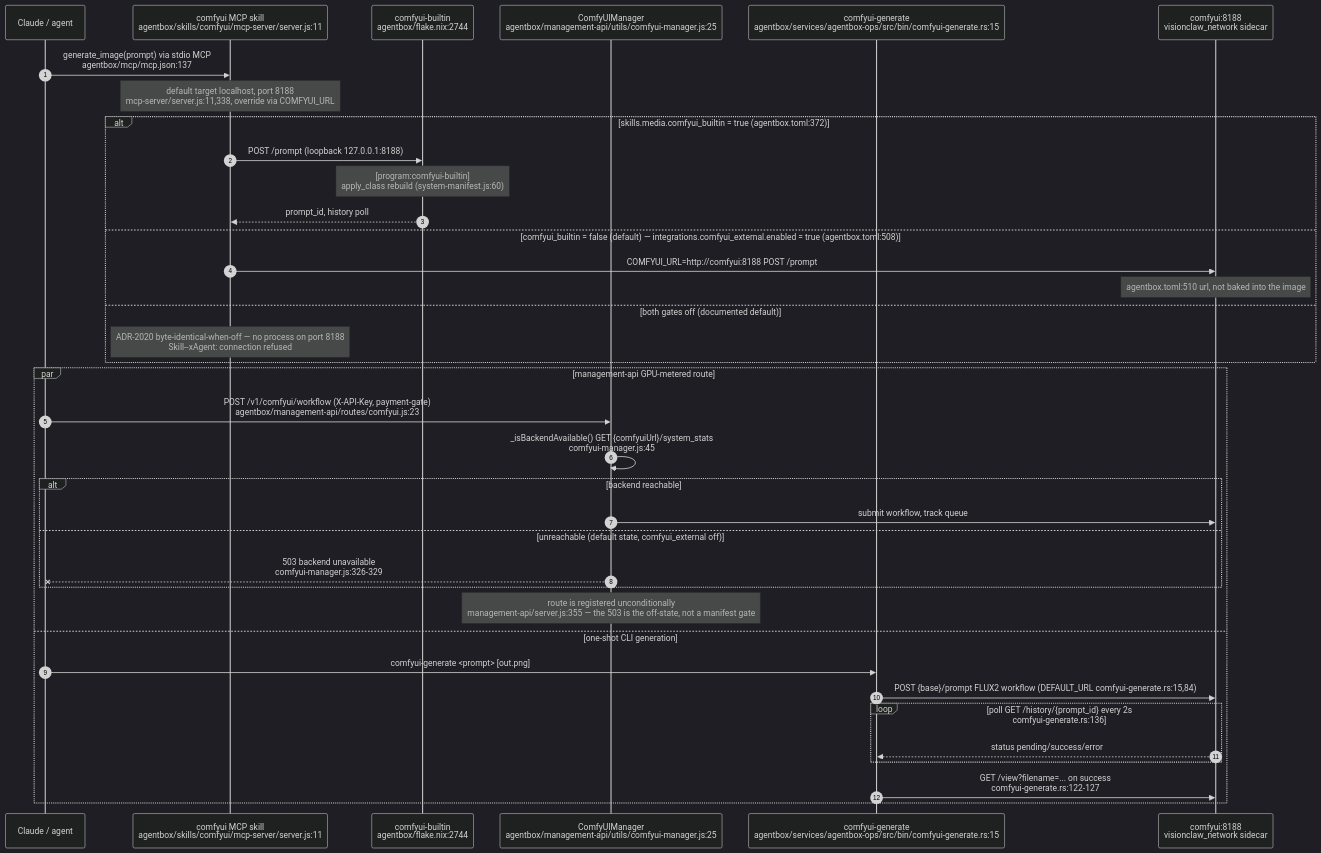
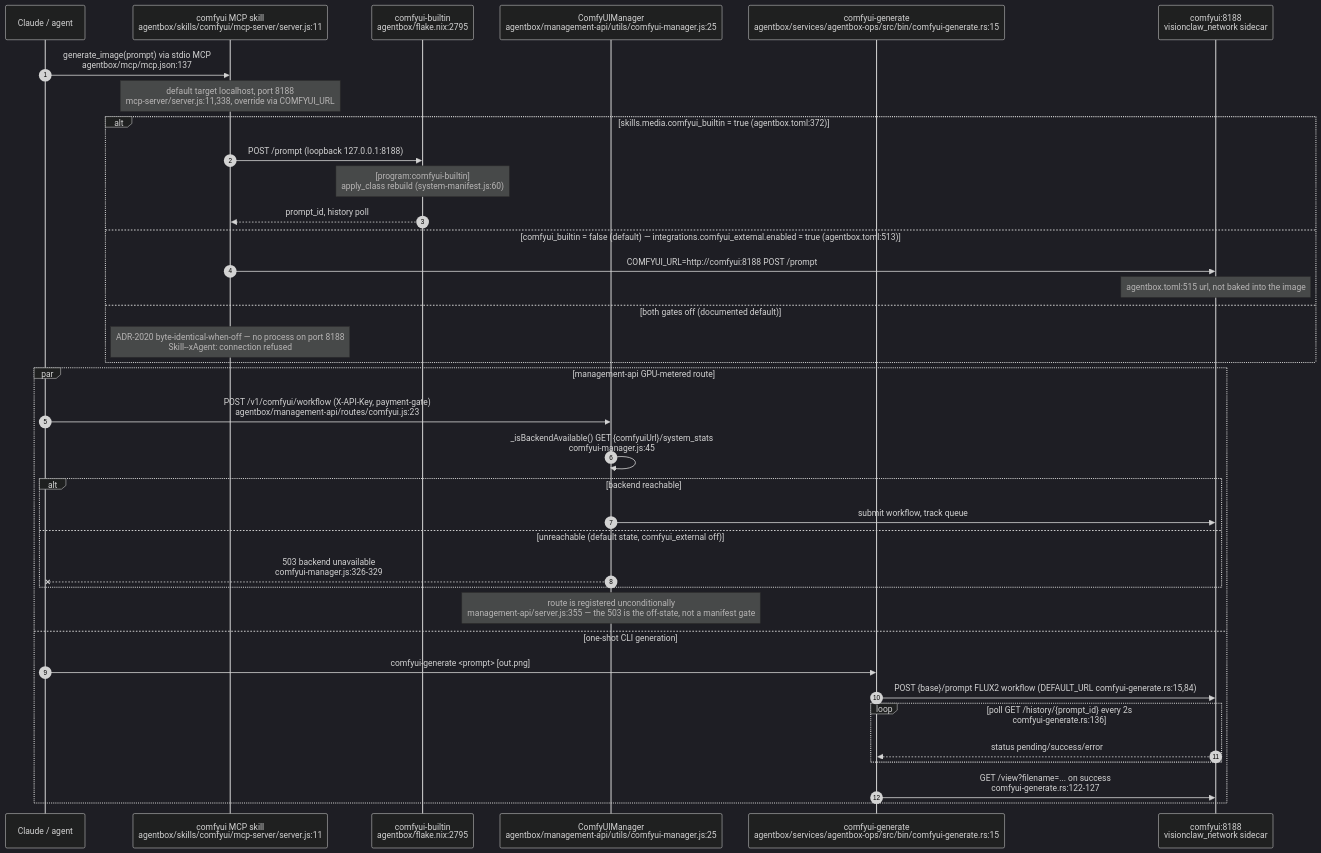
The first of 13 diagrams in docs/diagrams/agentbox/27-media-gpu-capability-services.md (DreamLab-AI/VisionFlow), drawn with Mermaid (dark theme) before and after one commit. The commit also changed other lines of this file and 80 other files, not shown here.

First line of the commit message:
docs(diagrams): re-verify the agentbox, dreamlab, estate and visionflow corpus against current sources

````diff
--- a/docs/diagrams/agentbox/27-media-gpu-capability-services.md
+++ b/docs/diagrams/agentbox/27-media-gpu-capability-services.md
@@ -54,42 +54,42 @@
 ```mermaid
 sequenceDiagram
     autonumber
     participant Agent as Claude / agent
     participant Skill as comfyui MCP skill<br/>agentbox/skills/comfyui/mcp-server/server.js:11
-    participant Builtin as comfyui-builtin<br/>agentbox/flake.nix:2744
+    participant Builtin as comfyui-builtin<br/>agentbox/flake.nix:2795
     participant MgmtAPI as ComfyUIManager<br/>agentbox/management-api/utils/comfyui-manager.js:25
     participant Gen as comfyui-generate<br/>agentbox/services/agentbox-ops/src/bin/comfyui-generate.rs:15
     participant Ext as comfyui:8188<br/>visionclaw_network sidecar
 
     Agent->>Skill: generate_image(prompt) via stdio MCP<br/>agentbox/mcp/mcp.json:137
     Note over Skill: default target localhost, port 8188<br/>mcp-server/server.js:11,338, override via COMFYUI_URL
 
     alt skills.media.comfyui_builtin = true (agentbox.toml:372)
         Skill->>Builtin: POST /prompt (loopback 127.0.0.1:8188)
         Note over Builtin: [program:comfyui-builtin]<br/>apply_class rebuild (system-manifest.js:60)
         Builtin-->>Skill: prompt_id, history poll
-    else comfyui_builtin = false (default) — integrations.comfyui_external.enabled = true (agentbox.toml:508)
+    else comfyui_builtin = false (default) — integrations.comfyui_external.enabled = true (agentbox.toml:513)
         Skill->>Ext: COMFYUI_URL=http://comfyui:8188 POST /prompt
-        Note over Ext: agentbox.toml:510 url, not baked into the image
+        Note over Ext: agentbox.toml:515 url, not baked into the image
     else both gates off (documented default)
         Note over Skill: ADR-2020 byte-identical-when-off — no process on port 8188<br/>Skill--xAgent: connection refused
     end
 
     par management-api GPU-metered route
         Agent->>MgmtAPI: POST /v1/comfyui/workflow (X-API-Key, payment-gate)<br/>agentbox/management-api/routes/comfyui.js:23
         MgmtAPI->>MgmtAPI: _isBackendAvailable() GET {comfyuiUrl}/system_stats<br/>comfyui-manager.js:45
         alt backend reachable
             MgmtAPI->>Ext: submit workflow, track queue
         else unreachable (default state, comfyui_external off)
             MgmtAPI--xAgent: 503 backend unavailable<br/>comfyui-manager.js:326-329
         end
         Note over MgmtAPI: route is registered unconditionally<br/>management-api/server.js:355 — the 503 is the off-state, not a manifest gate
     and one-shot CLI generation
         Agent->>Gen: comfyui-generate <prompt> [out.png]
         Gen->>Ext: POST {base}/prompt FLUX2 workflow (DEFAULT_URL comfyui-generate.rs:15,84)
         loop poll GET /history/{prompt_id} every 2s<br/>comfyui-generate.rs:136
             Ext-->>Gen: status pending/success/error
         end
         Gen->>Ext: GET /view?filename=... on success<br/>comfyui-generate.rs:122-127
     end
 ```
````
